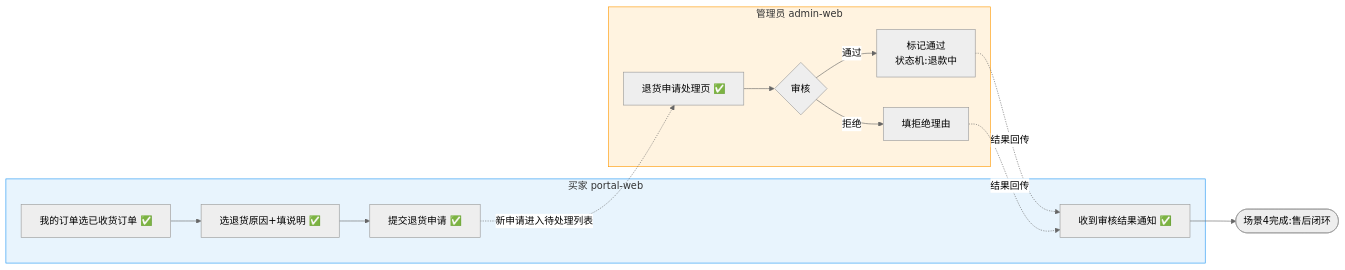
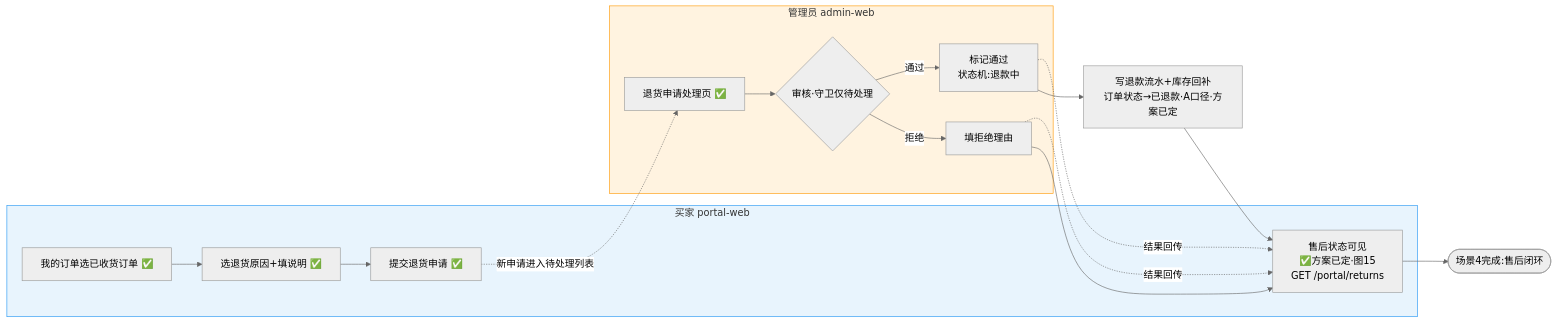
One commit to zzy-repo/qiqi-mall changed the diagram in docs/flows/6-场景4-售后退货.mmd. Above: the diagram before and after it, drawn with Mermaid (neutral theme). The commit also changed 44 other files, not shown here.

```diff
--- a/docs/flows/6-场景4-售后退货.mmd
+++ b/docs/flows/6-场景4-售后退货.mmd
@@ -1,16 +1,19 @@
 flowchart LR
     subgraph Buyer[买家 portal-web]
         B1[我的订单选已收货订单 ✅] --> B2[选退货原因+填说明 ✅] --> B3[提交退货申请 ✅]
-        B5[收到审核结果通知 ✅]
+        B5[售后状态可见<br/>✅方案已定·图15<br/>GET /portal/returns]
     end
     subgraph Admin[管理员 admin-web]
-        A1[退货申请处理页 ✅] --> A2{审核}
+        A1[退货申请处理页 ✅] --> A2{审核·守卫仅待处理}
         A2 -- 通过 --> A3[标记通过<br/>状态机:退款中] 
         A2 -- 拒绝 --> A4[填拒绝理由]
     end
     B3 -.新申请进入待处理列表.-> A1
     A3 -.结果回传.-> B5
     A4 -.结果回传.-> B5
+    A3 --> L1[写退款流水+库存回补<br/>订单状态→已退款·A口径·方案已定]
+    L1 --> B5
+    A4 --> B5
     B5 --> Done4([场景4完成:售后闭环])
     style Admin fill:#fff3e0,stroke:#ff9800
     style Buyer fill:#e8f4fd,stroke:#2196f3
```
